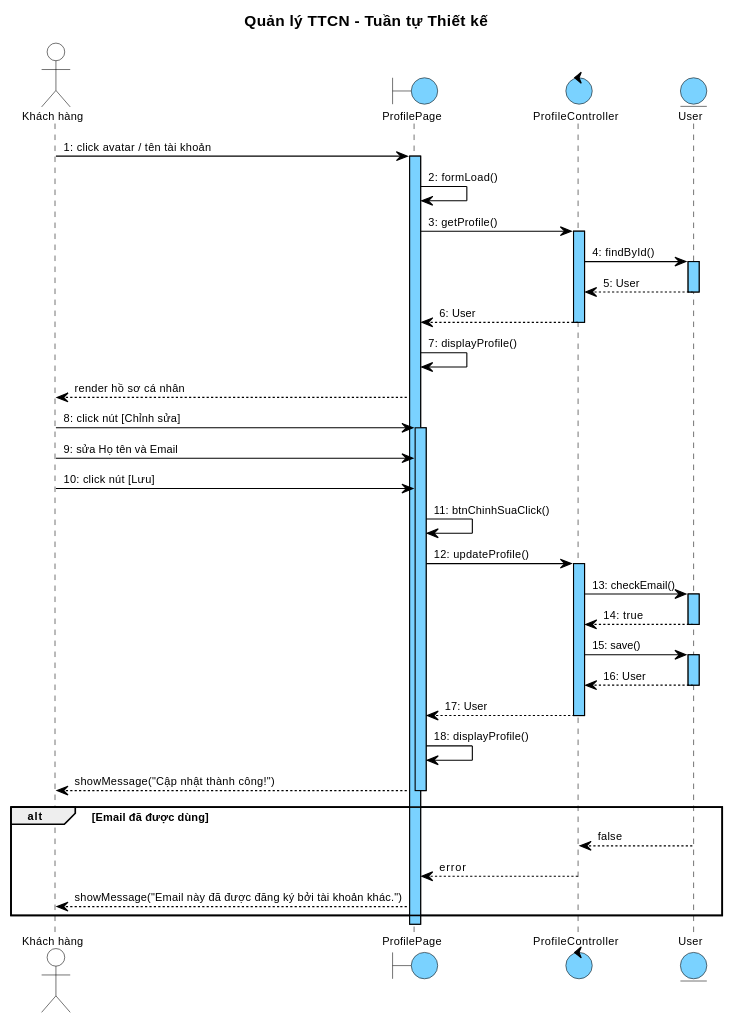
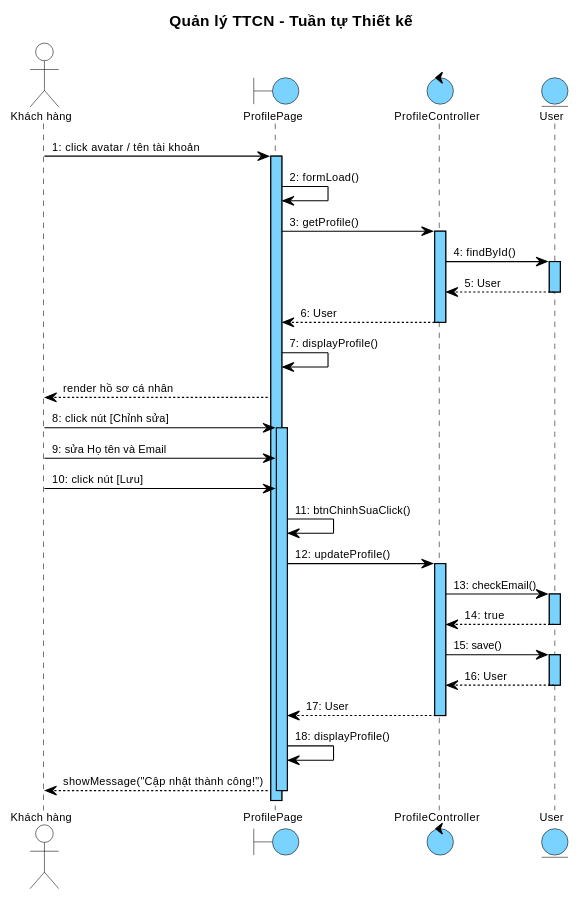
One commit to thanhtrnnn/cnpm changed the fifth of 6 diagrams in docs/tabs/section-account-iii.md. Above: the diagram before and after it, drawn with PlantUML. The commit also changed other lines of this file and 2 other files, not shown here.

First line of the commit message:
fix: remove exceptions from sequences, reformat headings 1→1.1→1.1.1, update wireframes to match class attributes

````diff
--- a/docs/tabs/section-account-iii.md
+++ b/docs/tabs/section-account-iii.md
@@ -951,11 +895,5 @@
 B1 -> B1 : 18: displayProfile()
 B1 --> KH : showMessage("Cập nhật thành công!")
 deactivate B1
-
-alt Email đã được dùng
-  E1 --> C1 : false
-  C1 --> B1 : error
-  B1 --> KH : showMessage("Email này đã được đăng ký bởi tài khoản khác.")
-end
 @enduml
 ```
````
